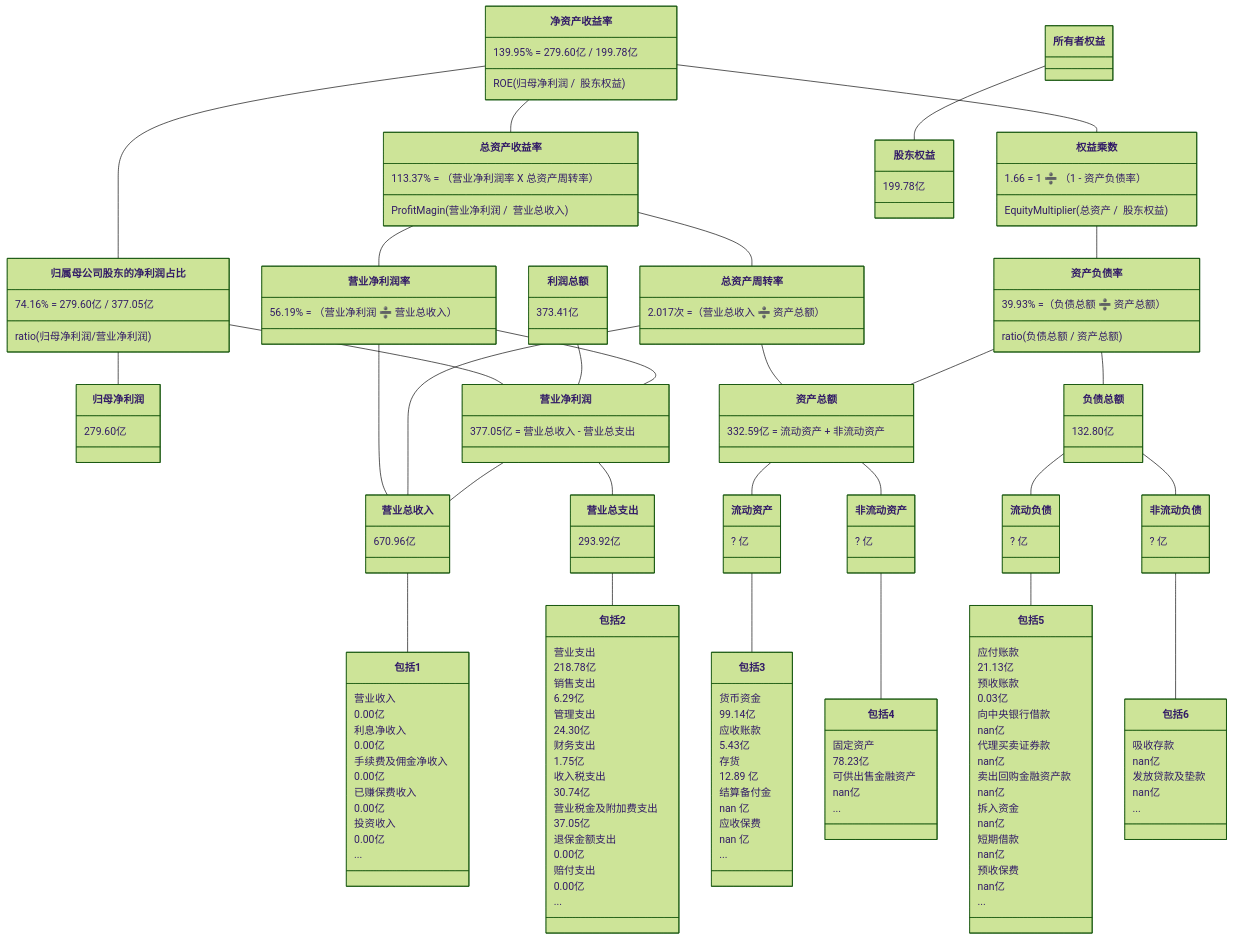
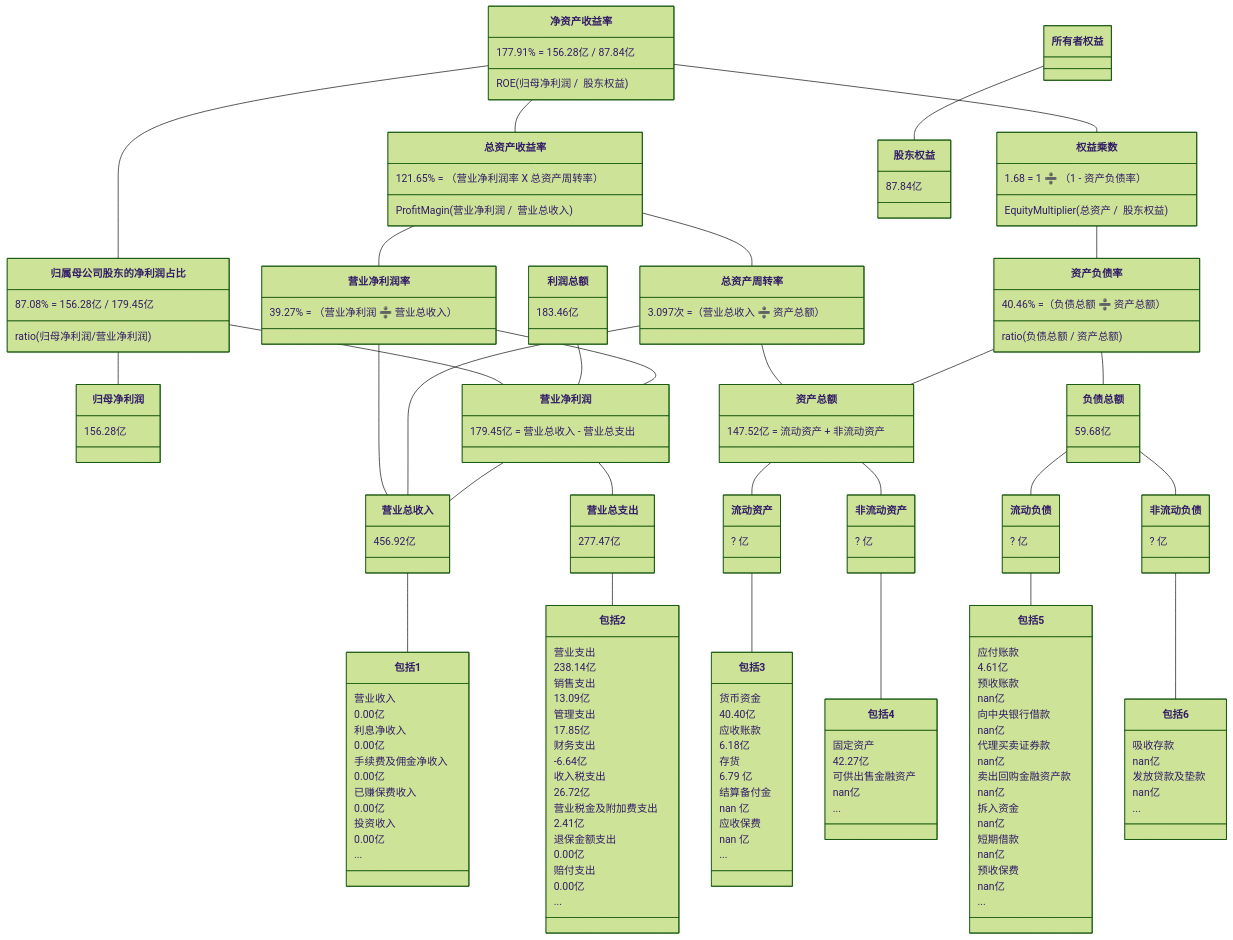
One commit to TheVeryDarkness/cs410 changed the fourth of 10 diagrams in 2/2.md. Above: the diagram before and after it, drawn with Mermaid (forest theme). The commit also changed other lines of this file and 72 other files, not shown here.

````diff
--- a/2/2.md
+++ b/2/2.md
@@ -459,45 +475,45 @@
 ```mermaid
 classDiagram
 净资产收益率 -- 总资产收益率
-    净资产收益率 : 139.95% = 279.60亿 / 199.78亿
+    净资产收益率 : 177.91% = 156.28亿 / 87.84亿
     净资产收益率 : ROE(归母净利润 /  股东权益)
-    总资产收益率 : 113.37% = （营业净利润率 X 总资产周转率）
+    总资产收益率 : 121.65% = （营业净利润率 X 总资产周转率）
     总资产收益率 : ProfitMagin(营业净利润 /  营业总收入)
 净资产收益率 -- 归属母公司股东的净利润占比
-	  归属母公司股东的净利润占比 : 74.16% = 279.60亿 / 377.05亿
+	  归属母公司股东的净利润占比 : 87.08% = 156.28亿 / 179.45亿
 	  归属母公司股东的净利润占比 : ratio(归母净利润/营业净利润)
 归属母公司股东的净利润占比 -- 归母净利润
-    归母净利润 : 279.60亿
+    归母净利润 : 156.28亿
 归属母公司股东的净利润占比 -- 营业净利润
-利润总额 : 373.41亿
+利润总额 : 183.46亿
 利润总额 -- 营业净利润
 净资产收益率 -- 权益乘数
-    权益乘数 : 1.66 = 1 ➗ （1 - 资产负债率）
+    权益乘数 : 1.68 = 1 ➗ （1 - 资产负债率）
     权益乘数 : EquityMultiplier(总资产 /  股东权益)
 
 总资产收益率 -- 营业净利润率
-    营业净利润率 : 56.19% = （营业净利润 ➗ 营业总收入）
+    营业净利润率 : 39.27% = （营业净利润 ➗ 营业总收入）
 总资产收益率 -- 总资产周转率
-    总资产周转率 : 2.017次 =（营业总收入 ➗ 资产总额）
+    总资产周转率 : 3.097次 =（营业总收入 ➗ 资产总额）
 权益乘数 -- 资产负债率
-    资产负债率  : 39.93% =（负债总额 ➗ 资产总额）
+    资产负债率  : 40.46% =（负债总额 ➗ 资产总额）
     资产负债率  : ratio(负债总额 / 资产总额)
 
 营业净利润率 -- 营业净利润
-    营业净利润 : 377.05亿 = 营业总收入 - 营业总支出
+    营业净利润 : 179.45亿 = 营业总收入 - 营业总支出
 营业净利润率 -- 营业总收入
 总资产周转率 -- 营业总收入
 总资产周转率 -- 资产总额
-    资产总额 : 332.59亿 = 流动资产 + 非流动资产
+    资产总额 : 147.52亿 = 流动资产 + 非流动资产
 资产负债率 -- 负债总额
-    负债总额 : 132.80亿
+    负债总额 : 59.68亿
 资产负债率 -- 资产总额
 
 
 营业净利润 -- 营业总收入
-    营业总收入 : 670.96亿
+    营业总收入 : 456.92亿
 营业净利润 -- 营业总支出
-    营业总支出 : 293.92亿
+    营业总支出 : 277.47亿
 资产总额 -- 流动资产
 	  流动资产 : ? 亿
 资产总额 -- 非流动资产
@@ -521,17 +537,17 @@
     包括1 : ...
 营业总支出 -- 包括2
     包括2 : 营业支出
-    包括2 : 218.78亿
+    包括2 : 238.14亿
     包括2 : 销售支出
-    包括2 : 6.29亿
+    包括2 : 13.09亿
     包括2 : 管理支出
-    包括2 : 24.30亿
+    包括2 : 17.85亿
     包括2 : 财务支出
-    包括2 : 1.75亿
+    包括2 : -6.64亿
     包括2 : 收入税支出
-    包括2 : 30.74亿
+    包括2 : 26.72亿
     包括2 : 营业税金及附加费支出
-    包括2 : 37.05亿
+    包括2 : 2.41亿
     包括2 : 退保金额支出
     包括2 : 0.00亿
     包括2 : 赔付支出
@@ -539,11 +555,11 @@
     包括2 : ...
 流动资产 -- 包括3
     包括3 : 货币资金
-    包括3 : 99.14亿
+    包括3 : 40.40亿
     包括3 : 应收账款
-    包括3 : 5.43亿
+    包括3 : 6.18亿
     包括3 : 存货
-    包括3 : 12.89 亿
+    包括3 : 6.79 亿
     包括3 : 结算备付金
     包括3 : nan 亿
     包括3 : 应收保费
@@ -551,15 +567,15 @@
     包括3 : ...
 非流动资产 -- 包括4
     包括4 : 固定资产
-    包括4 : 78.23亿
+    包括4 : 42.27亿
     包括4 : 可供出售金融资产
     包括4 : nan亿
     包括4 : ...
 流动负债 -- 包括5
     包括5 : 应付账款
-    包括5 : 21.13亿
+    包括5 : 4.61亿
     包括5 : 预收账款
-    包括5 : 0.03亿
+    包括5 : nan亿
     包括5 : 向中央银行借款
     包括5 : nan亿
     包括5 : 代理买卖证券款
@@ -580,5 +596,5 @@
     包括6 : nan亿
     包括6 : ...
 所有者权益 -- 股东权益
-    股东权益 : 199.78亿
+    股东权益 : 87.84亿
 ```
````
